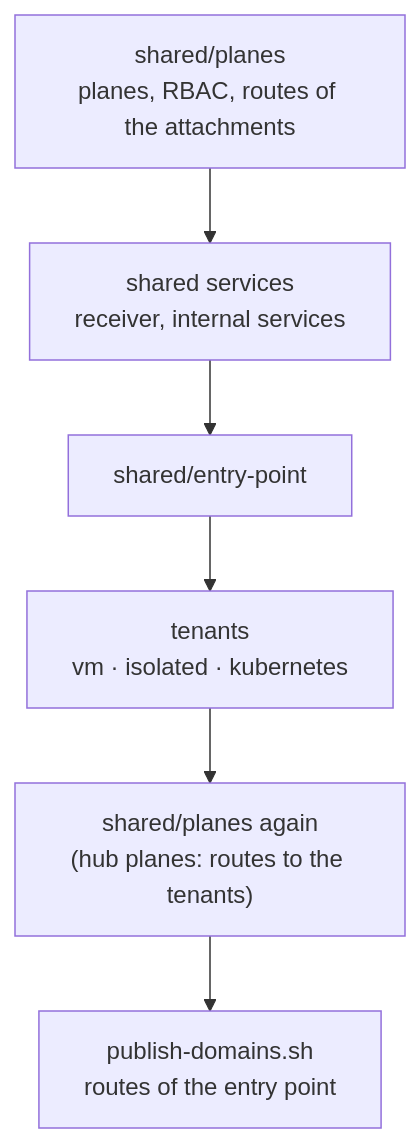
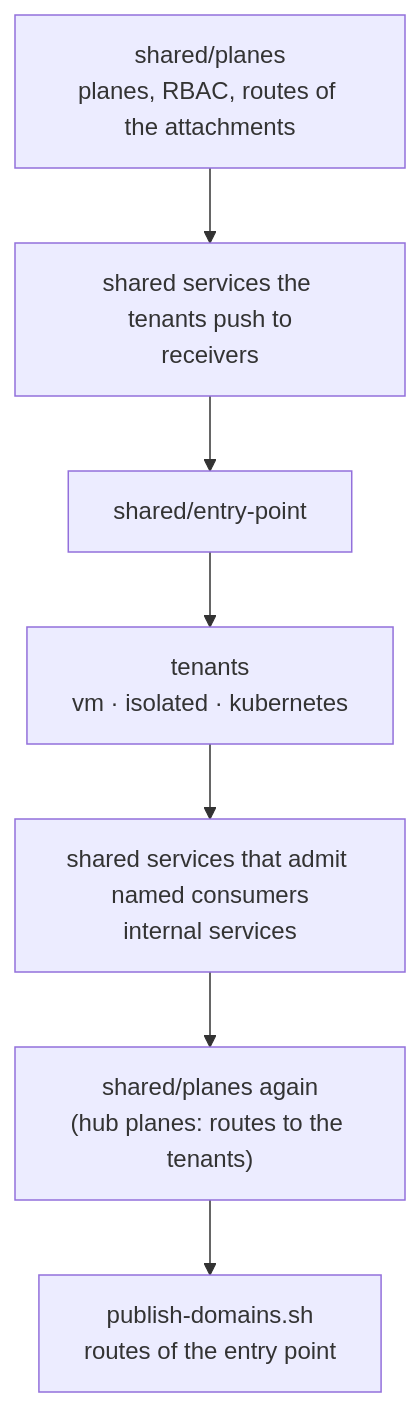
The eighth of 10 diagrams in docs/concepts/architecture.md (CyprisTech/openstack-multitenant-reference), drawn with Mermaid before and after one commit. The commit also changed other lines of this file and 45 other files, not shown here.

````diff
--- a/docs/concepts/architecture.md
+++ b/docs/concepts/architecture.md
@@ -197,10 +234,11 @@
 ```mermaid
 flowchart TB
     P["shared/planes<br/>planes, RBAC, routes of the attachments"]
-    S["shared services<br/>receiver, internal services"]
+    S["shared services the tenants push to<br/>receivers"]
     E["shared/entry-point"]
     T["tenants<br/>vm · isolated · kubernetes"]
+    S2["shared services that admit named consumers<br/>internal services"]
     P2["shared/planes again<br/>(hub planes: routes to the tenants)"]
     D["publish-domains.sh<br/>routes of the entry point"]
-    P --> S --> E --> T --> P2 --> D
+    P --> S --> E --> T --> S2 --> P2 --> D
 ```
````
